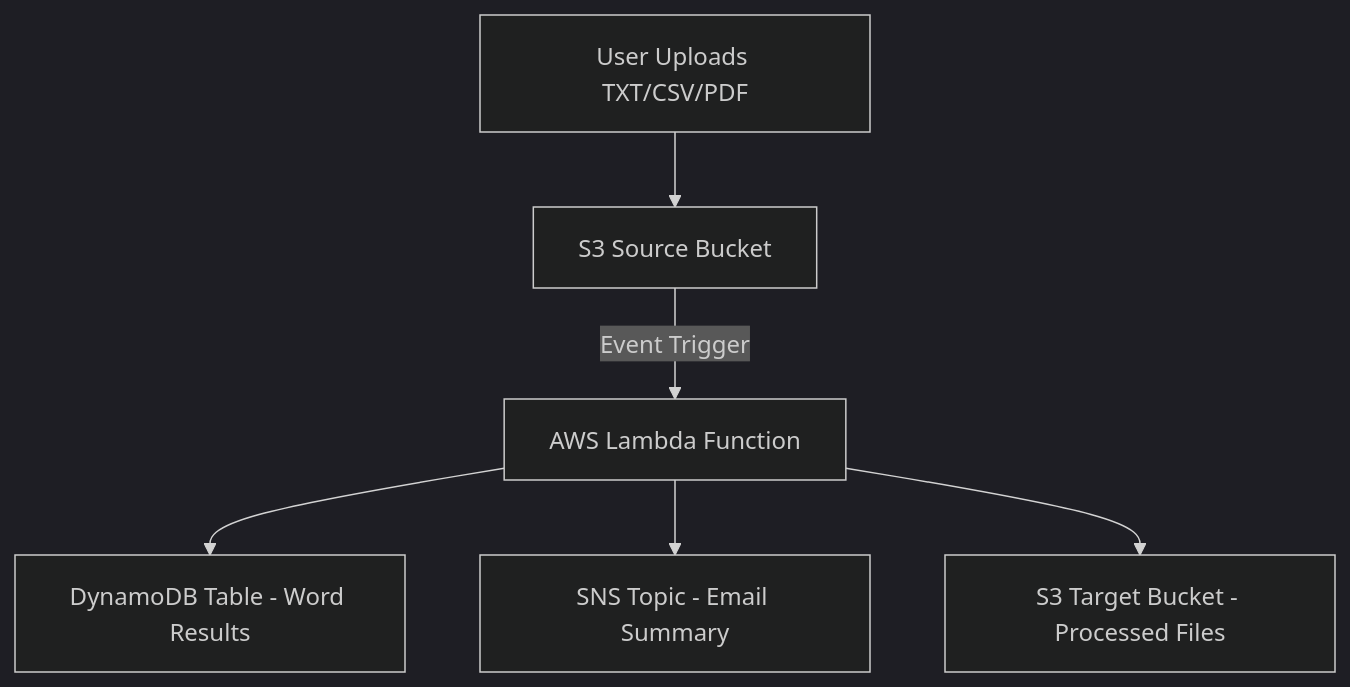
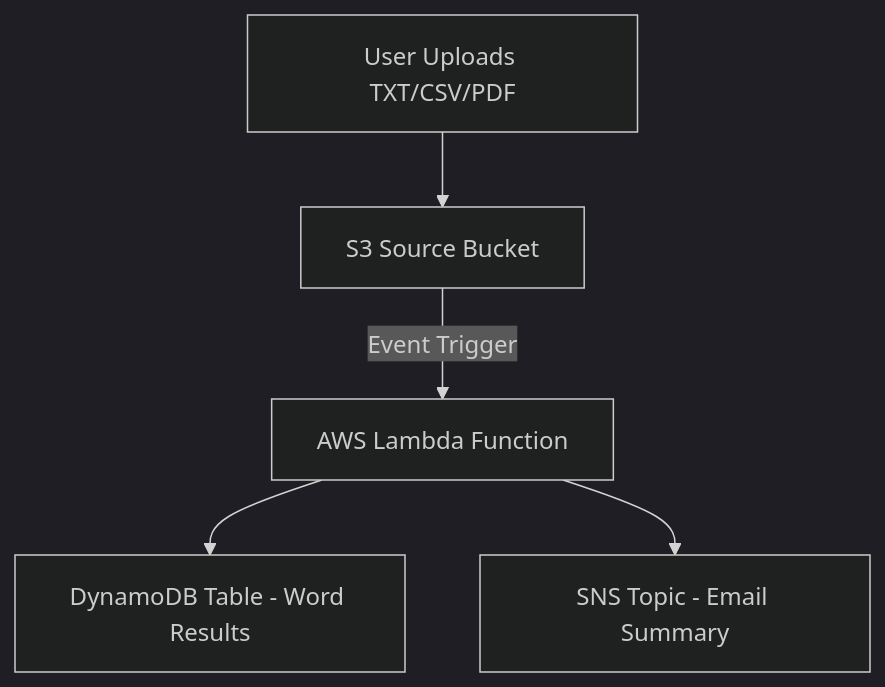
The diagram in README.md (ikhsannur1996/aws-serverless), drawn with Mermaid (dark theme) before and after one commit. The commit also changed other lines of this file, not shown here.

````diff
--- a/README.md
+++ b/README.md
@@ -76,8 +76,7 @@
 ```mermaid
 flowchart TD
     A[User Uploads TXT/CSV/PDF] --> B[S3 Source Bucket]
     B -->|Event Trigger| C[AWS Lambda Function]
     C --> D[DynamoDB Table - Word Results]
     C --> E[SNS Topic - Email Summary]
-    C --> F[S3 Target Bucket - Processed Files]
 ```
````
